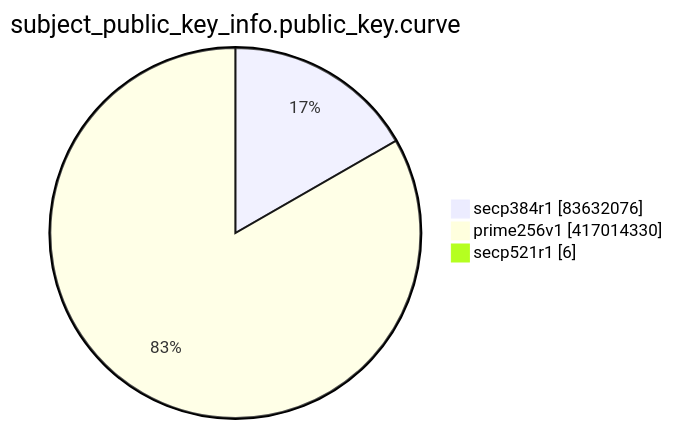
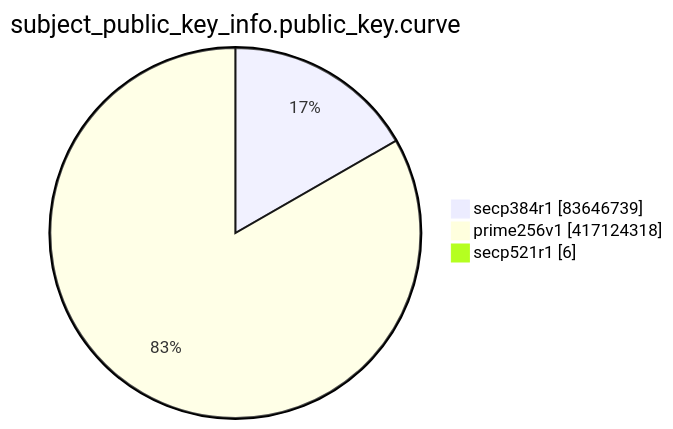
One commit to christiankrug/ctmonitor_visualization changed the eighth of 15 diagrams in TOTAL/README.md. Above: the diagram before and after it, drawn with Mermaid. The commit also changed other lines of this file, not shown here.

````diff
--- a/TOTAL/README.md
+++ b/TOTAL/README.md
@@ -3098,7 +3098,7 @@
 ```mermaid
 pie showData
 title subject_public_key_info.public_key.curve
-"secp384r1" :83632076
-"prime256v1" :417014330
+"secp384r1" :83646739
+"prime256v1" :417124318
 "secp521r1" :6
 ```
````
